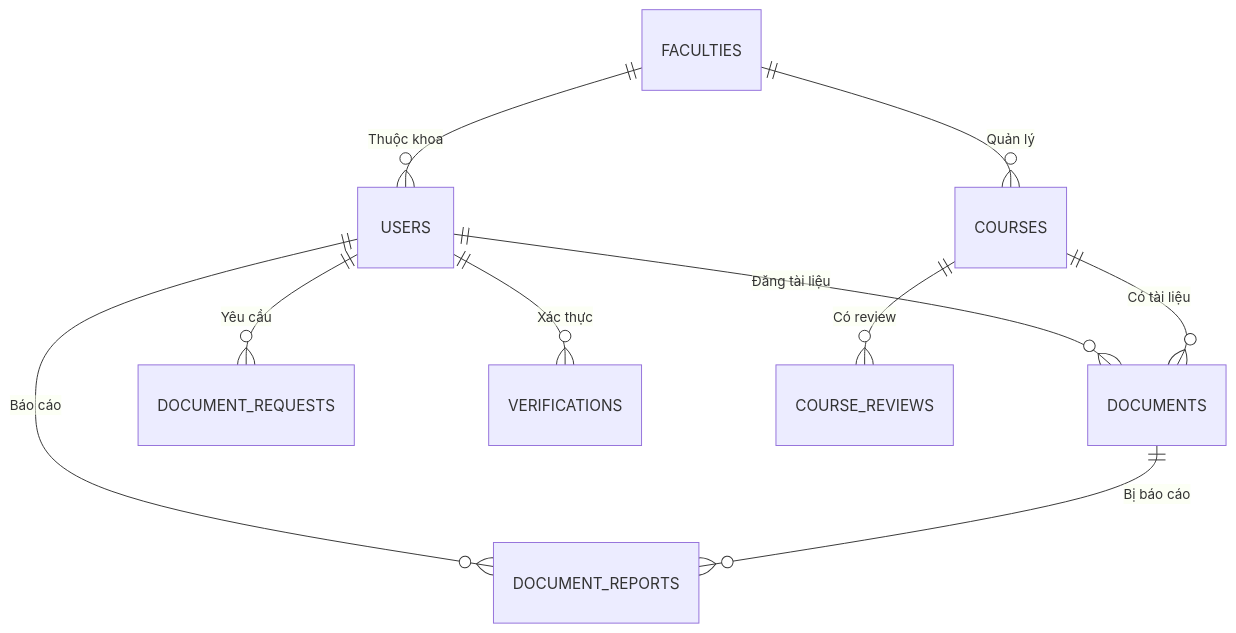
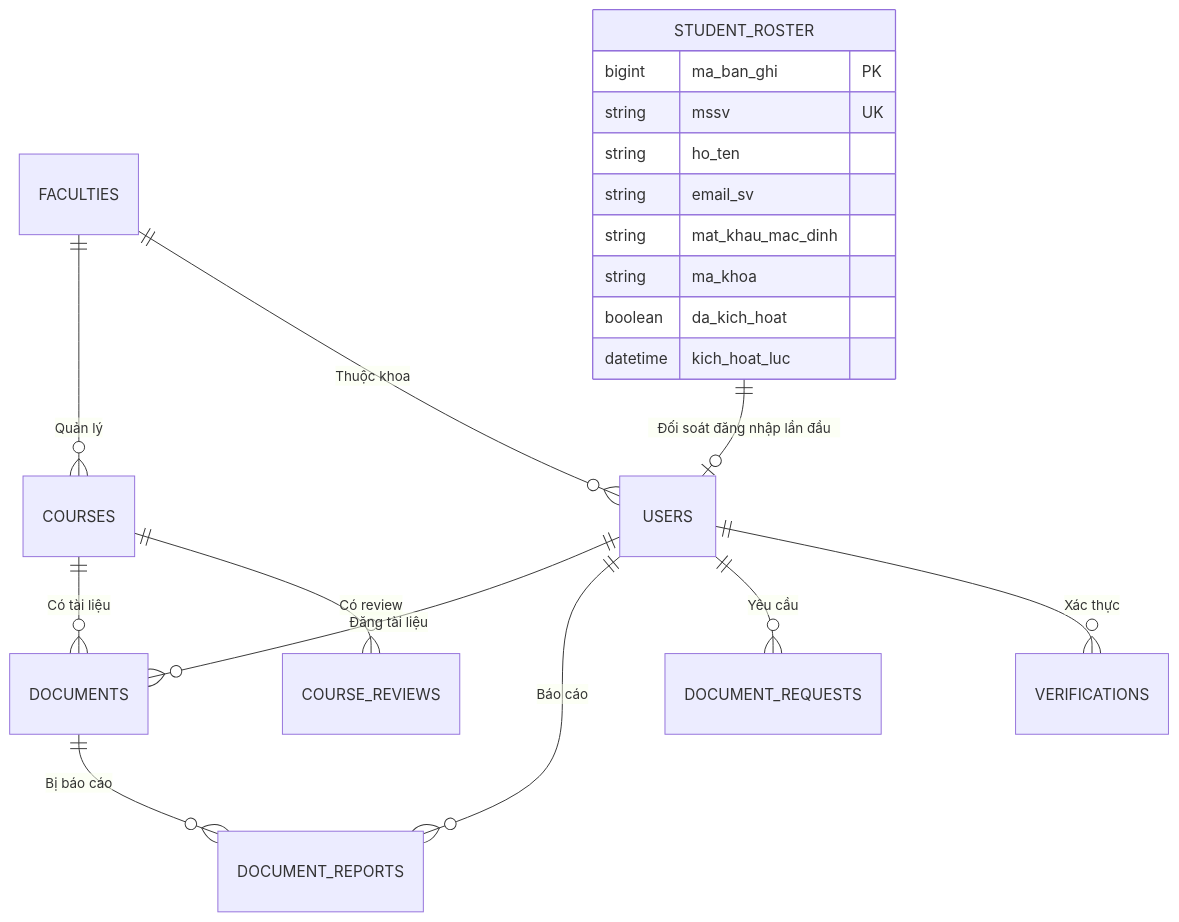
The second of 2 diagrams in .md/TaiLieuThietKe.md (DuyCaChef/AGU-Academic-Hub), drawn with Mermaid before and after one commit. The commit also changed other lines of this file and 3 other files, not shown here.

Commit message:
docs: cập nhật các tài liệu md cho luồng đăng nhập bằng tài khoản sinh viên

````diff
--- a/.md/TaiLieuThietKe.md
+++ b/.md/TaiLieuThietKe.md
@@ -29,12 +29,23 @@
 ``` mermaid
 erDiagram
     FACULTIES ||--o{ COURSES : "Quản lý"
     FACULTIES ||--o{ USERS : "Thuộc khoa"
     USERS ||--o{ DOCUMENTS : "Đăng tài liệu"
     USERS ||--o{ DOCUMENT_REPORTS : "Báo cáo"
     USERS ||--o{ DOCUMENT_REQUESTS : "Yêu cầu"
     USERS ||--o{ VERIFICATIONS : "Xác thực"
+    STUDENT_ROSTER ||--o| USERS : "Đối soát đăng nhập lần đầu"
     COURSES ||--o{ DOCUMENTS : "Có tài liệu"
     COURSES ||--o{ COURSE_REVIEWS : "Có review"
-    DOCUMENTS ||--o{ DOCUMENT_REPORTS : "Bị báo cáo" 
+    DOCUMENTS ||--o{ DOCUMENT_REPORTS : "Bị báo cáo"
+    STUDENT_ROSTER {
+        bigint ma_ban_ghi PK
+        string mssv UK
+        string ho_ten
+        string email_sv
+        string mat_khau_mac_dinh
+        string ma_khoa
+        boolean da_kich_hoat
+        datetime kich_hoat_luc
+    }
 ```
````
